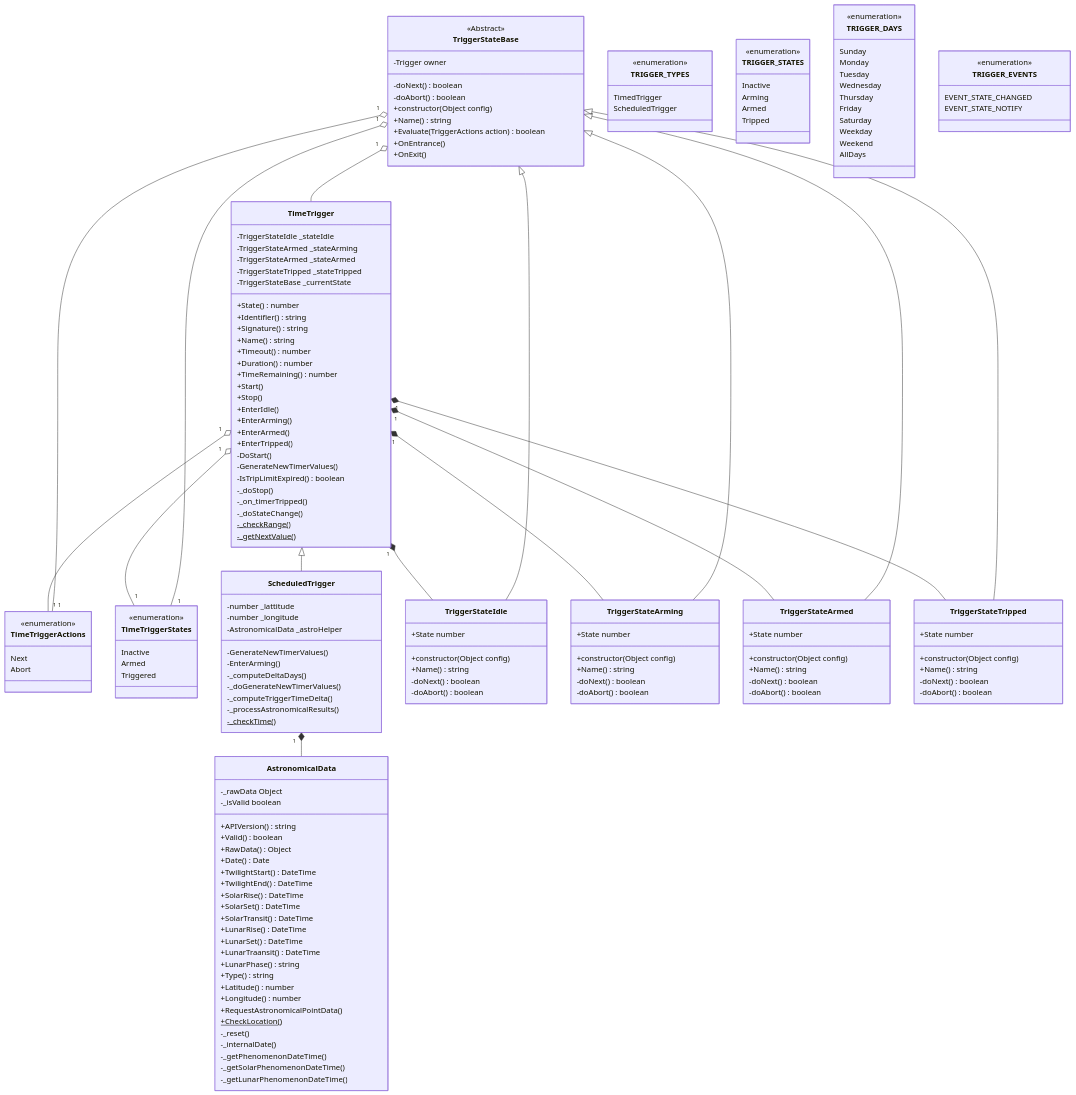
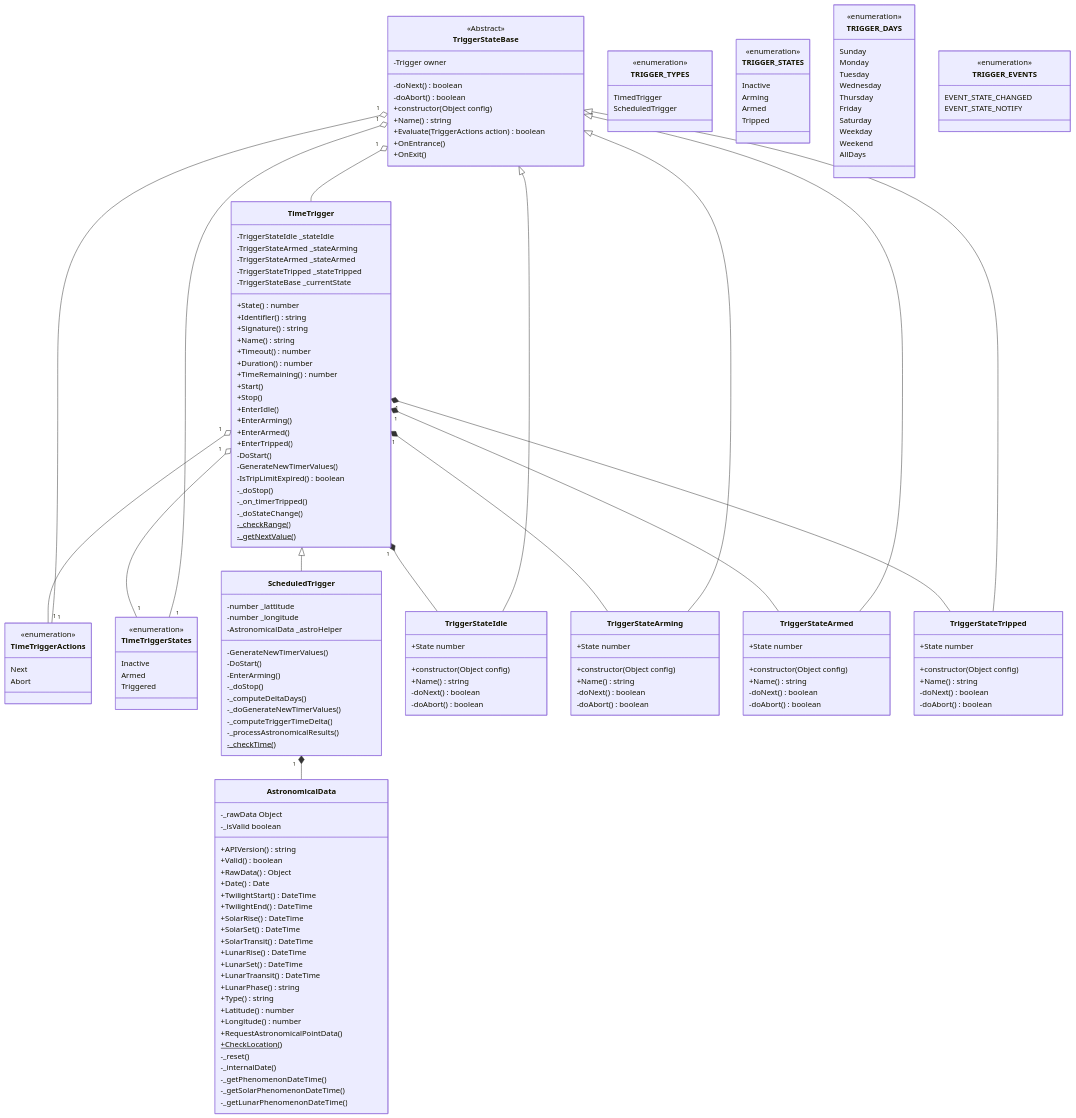
Before and after one commit to pricemi115/homebridge-grumptech-timetriggers: the diagram in design/triggerStateMachine.cd.mmd, drawn with Mermaid. The commit also changed 2 other files, not shown here.

```diff
--- a/design/triggerStateMachine.cd.mmd
+++ b/design/triggerStateMachine.cd.mmd
@@ -1,176 +1,178 @@
 classDiagram
     class TimeTriggerActions{
         <<enumeration>>
         Next
         Abort
     }
     class TimeTriggerStates{
         <<enumeration>>
         Inactive
         Armed
         Triggered
     }
     class TimeTrigger{
         -TriggerStateIdle _stateIdle
         -TriggerStateArmed _stateArming
         -TriggerStateArmed _stateArmed
         -TriggerStateTripped _stateTripped
         -TriggerStateBase _currentState
 
         +State() number
         +Identifier() string
         +Signature() string
         +Name() string
         +Timeout() number
         +Duration() number
         +TimeRemaining() number
 
         +Start()
         +Stop()
 
         +EnterIdle()
         +EnterArming()
         +EnterArmed()
         +EnterTripped()
 
         -DoStart()
         -GenerateNewTimerValues()
         -IsTripLimitExpired() boolean
 
         -_doStop()
         -_on_timerTripped()
         -_doStateChange()
         -_checkRange()$
         -_getNextValue()$
     }
     class ScheduledTrigger{
         -number _lattitude
         -number _longitude
         -AstronomicalData _astroHelper
 
         -GenerateNewTimerValues()
+        -DoStart()
 
         -EnterArming()
 
+        -_doStop()
         -_computeDeltaDays()
         -_doGenerateNewTimerValues()
         -_computeTriggerTimeDelta()
         -_processAstronomicalResults()
 
         -_checkTime()$
     }
     class TriggerStateBase{
        <<Abstract>>
        -Trigger owner
        -doNext() boolean
        -doAbort() boolean
        +constructor(Object config)
        +Name() string
        +Evaluate(TriggerActions action) boolean
        +OnEntrance()
        +OnExit()
     }
     class TriggerStateIdle{
        +constructor(Object config)
        +Name() string
        +State number
        -doNext() boolean
        -doAbort() boolean
     }
     class TriggerStateArming{
        +constructor(Object config)
        +Name() string
        +State number
        -doNext() boolean
        -doAbort() boolean
     }
     class TriggerStateArmed{
        +constructor(Object config)
        +Name() string
        +State number
        -doNext() boolean
        -doAbort() boolean
     }
     class TriggerStateTripped{
        +constructor(Object config)
        +Name() string
        +State number
        -doNext() boolean
        -doAbort() boolean
     }
     class AstronomicalData {
         -_rawData Object
         -_isValid boolean
 
         +APIVersion() string
         +Valid() boolean
         +RawData() Object
         +Date() Date
         +TwilightStart() DateTime
         +TwilightEnd() DateTime
         +SolarRise() DateTime
         +SolarSet() DateTime
         +SolarTransit() DateTime
         +LunarRise() DateTime
         +LunarSet() DateTime
         +LunarTraansit() DateTime
         +LunarPhase() string
         +Type() string
         +Latitude() number
         +Longitude() number
 
         +RequestAstronomicalPointData()
         +CheckLocation()$
 
         -_reset()
         -_internalDate()
         -_getPhenomenonDateTime()
         -_getSolarPhenomenonDateTime()
         -_getLunarPhenomenonDateTime()
     }
     TimeTrigger <|-- ScheduledTrigger
     TimeTrigger "1" *-- TriggerStateIdle
     TimeTrigger "1" *-- TriggerStateArming
     TimeTrigger "1" *-- TriggerStateArmed
     TimeTrigger "1" *-- TriggerStateTripped
     TimeTrigger "1" o-- "1" TimeTriggerActions
     TimeTrigger "1" o-- "1" TimeTriggerStates
     ScheduledTrigger "1" *-- AstronomicalData
     TriggerStateBase "1" o-- "1" TimeTriggerActions
     TriggerStateBase "1" o-- "1" TimeTriggerStates
     TriggerStateBase "1" o-- TimeTrigger
     TriggerStateBase <|-- TriggerStateIdle
     TriggerStateBase <|-- TriggerStateArming
     TriggerStateBase <|-- TriggerStateArmed
     TriggerStateBase <|-- TriggerStateTripped
 
     class TRIGGER_TYPES {
         <<enumeration>>
         TimedTrigger
         ScheduledTrigger
     }
     class TRIGGER_STATES {
         <<enumeration>>
         Inactive
         Arming
         Armed
         Tripped
     }
     class TRIGGER_DAYS {
         <<enumeration>>
         Sunday
         Monday
         Tuesday
         Wednesday
         Thursday
         Friday
         Saturday
         Weekday
         Weekend
         AllDays
     }
     class TRIGGER_EVENTS {
         <<enumeration>>
         EVENT_STATE_CHANGED
         EVENT_STATE_NOTIFY
     }
```
